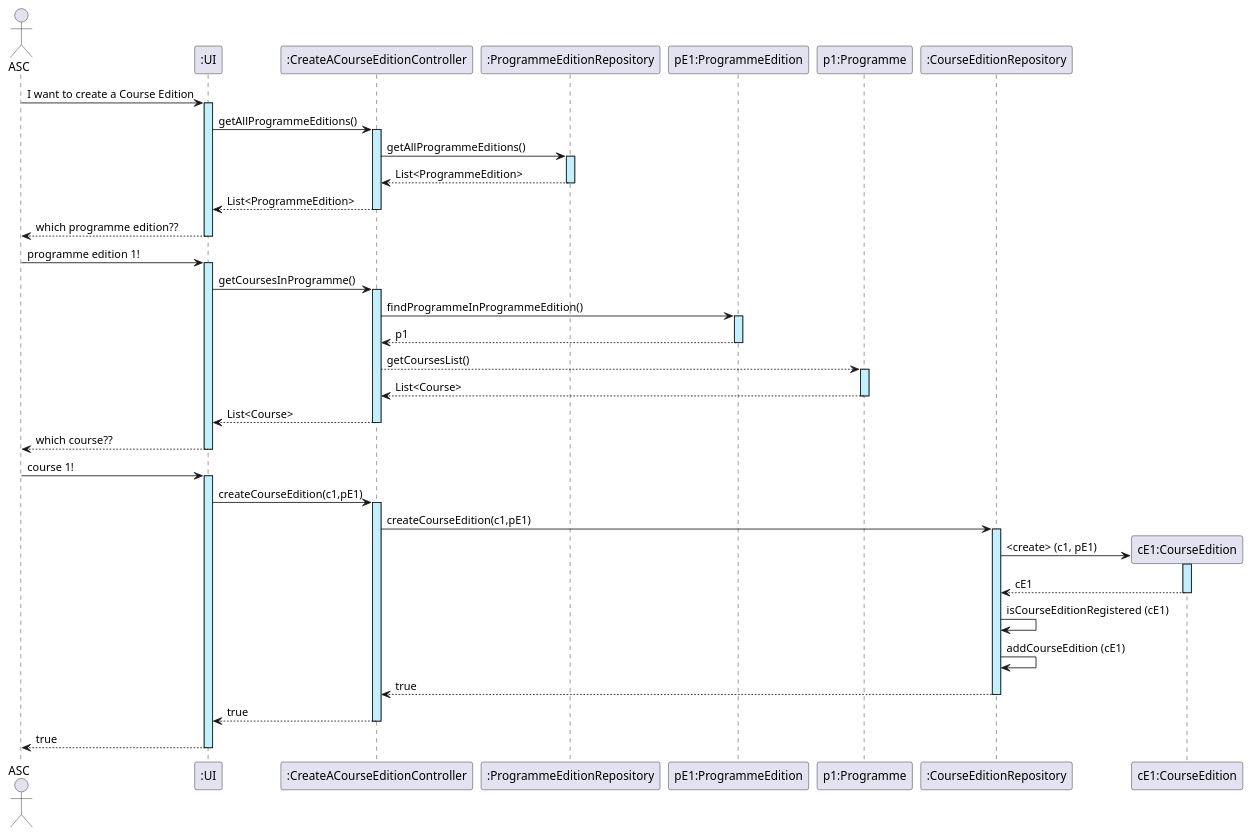
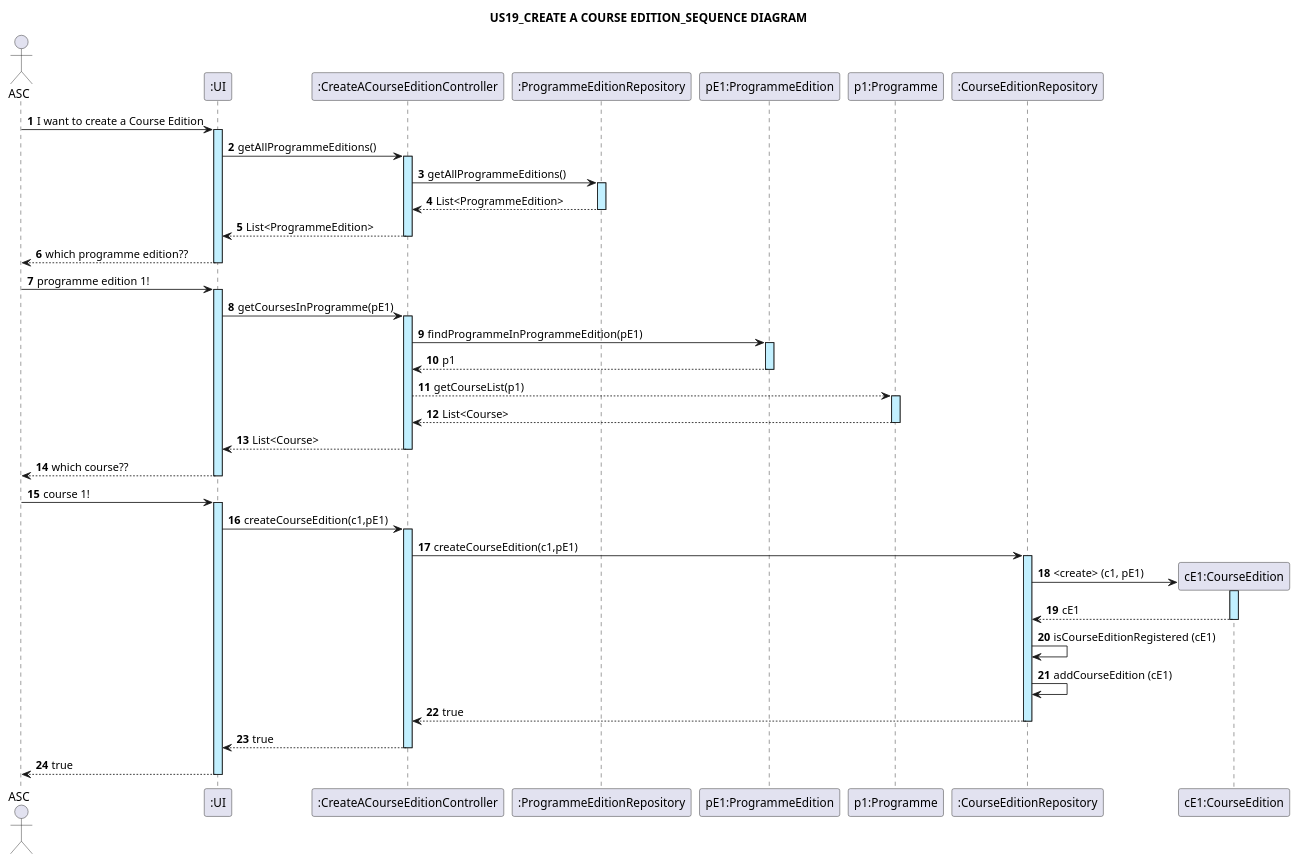
One commit to GasparISEP/DevOps-PAI changed the diagram in docs/sequenceDiagrams/US19/US19_CreateACourseEdition.puml. Above: the diagram before and after it, drawn with PlantUML. The commit also changed 1 other file, not shown here.

```diff
--- a/docs/sequenceDiagrams/US19/US19_CreateACourseEdition.puml
+++ b/docs/sequenceDiagrams/US19/US19_CreateACourseEdition.puml
@@ -1,44 +1,47 @@
 @startuml
+title: US19_CREATE A COURSE EDITION_SEQUENCE DIAGRAM
+autonumber
+
 actor ASC
 participant ":UI" as UI
 participant ":CreateACourseEditionController" as CT
 participant ":ProgrammeEditionRepository" as PER
 participant "pE1:ProgrammeEdition" as PE
 participant "p1:Programme" as PG
 participant ":CourseEditionRepository" as CER
 
 ASC -> UI ++ #application :  I want to create a Course Edition
 UI -> CT ++ #application: getAllProgrammeEditions()
 CT -> PER ++ #application: getAllProgrammeEditions()
 PER --> CT -- : List<ProgrammeEdition>
 CT --> UI -- : List<ProgrammeEdition>
 UI --> ASC -- : which programme edition??
 
 
 ASC -> UI ++ #application : programme edition 1!
-UI -> CT ++ #application: getCoursesInProgramme()
-CT -> PE ++ #application: findProgrammeInProgrammeEdition()
+UI -> CT ++ #application: getCoursesInProgramme(pE1)
+CT -> PE ++ #application: findProgrammeInProgrammeEdition(pE1)
 PE --> CT -- : p1
 
-CT --> PG ++ #application: getCoursesList()
+CT --> PG ++ #application: getCourseList(p1)
 PG --> CT -- : List<Course>
 CT --> UI -- : List<Course>
 UI --> ASC -- : which course??
 
 
 ASC -> UI ++ #application : course 1!
 UI -> CT ++ #application : createCourseEdition(c1,pE1)
 CT -> CER ++ #application : createCourseEdition(c1,pE1)
 
 
 create "cE1:CourseEdition" as CE
 CER -> CE ++ #application : <create> (c1, pE1)
 CE --> CER -- : cE1
 CER -> CER : isCourseEditionRegistered (cE1)
 CER -> CER : addCourseEdition (cE1)
 
 CER --> CT --: true
 CT --> UI --: true
 UI --> ASC --: true
 
 @enduml
```
